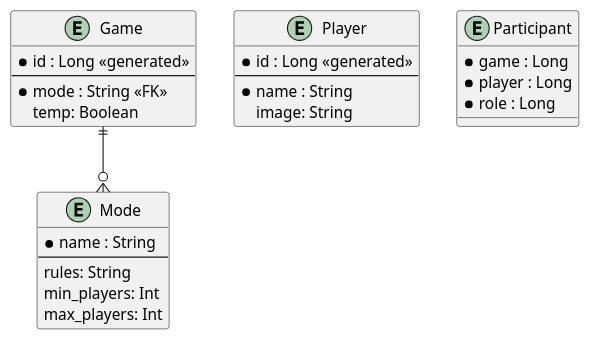
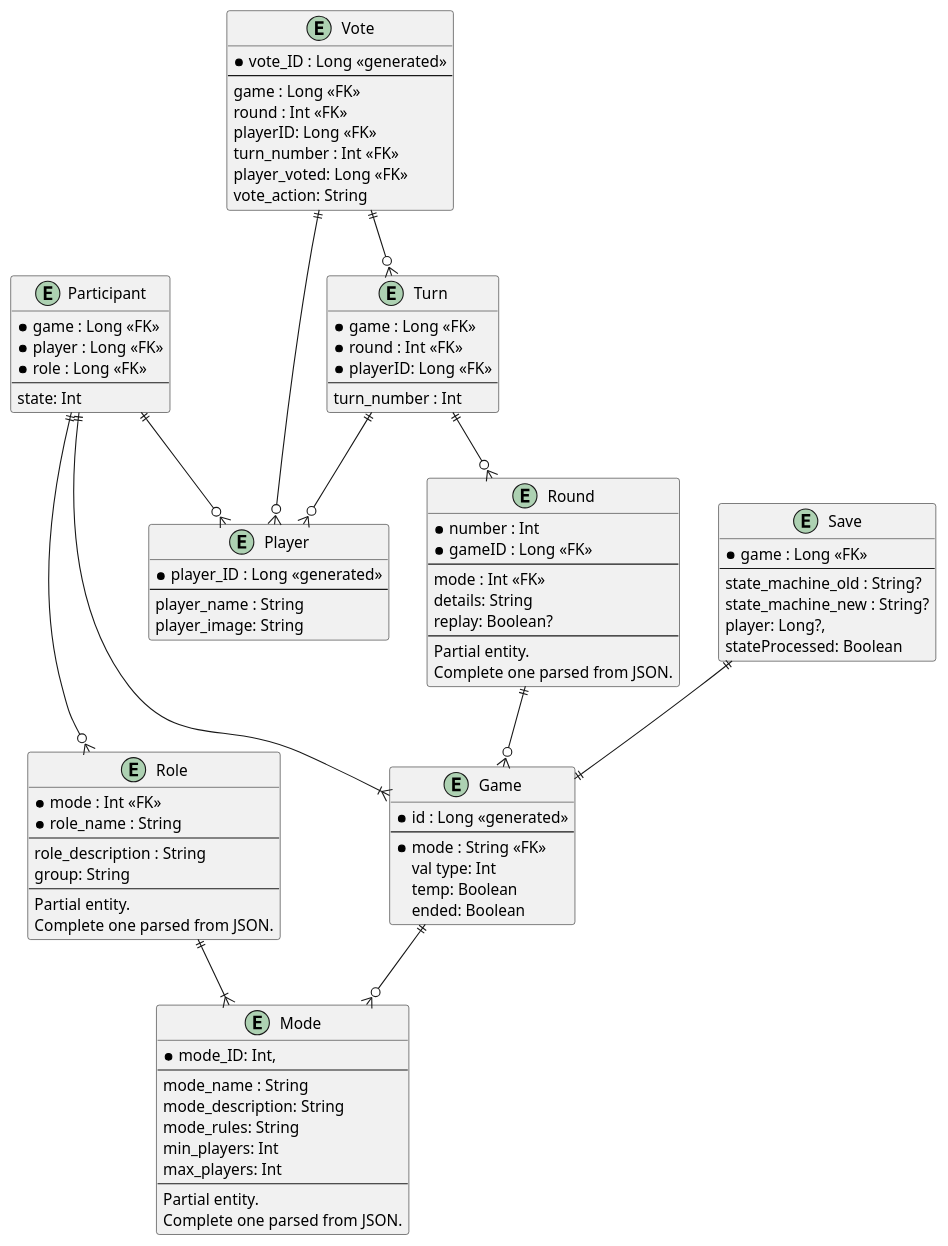
Before and after one commit to LivingWithHippos/Keter-Escape: the diagram in UML/db.puml, drawn with PlantUML. The commit also changed 1 other file, not shown here.

Commit message:
updated database diagram, added picture
plantUML

```diff
--- a/UML/db.puml
+++ b/UML/db.puml
@@ -1,32 +1,102 @@
 @startuml
 entity "Game" as gm {
   *id : Long <<generated>>
   --
   *mode : String <<FK>>
+  val type: Int
   temp: Boolean
+  ended: Boolean
 }
 
 entity "Mode" as md {
-  *name : String
+  *mode_ID: Int,
   --
-  rules: String
+  mode_name : String
+  mode_description: String
+  mode_rules: String
   min_players: Int
   max_players: Int
+  --
+  Partial entity.
+  Complete one parsed from JSON.
 }
 
 entity "Player" as pl {
-  *id : Long <<generated>>
+  *player_ID : Long <<generated>>
   --
-  *name : String
-  image: String
+  player_name : String
+  player_image: String
 }
 
 entity "Participant" as part {
-  *game : Long
-  *player : Long
-  *role : Long
+  *game : Long <<FK>>
+  *player : Long <<FK>>
+  *role : Long <<FK>>
+  --
+  state: Int
+}
+
+entity "Role" as role {
+  *mode : Int <<FK>>
+  *role_name : String
+  --
+  role_description : String
+  group: String
+  --
+  Partial entity.
+  Complete one parsed from JSON.
+}
+
+entity "Round" as round {
+  *number : Int
+  *gameID : Long <<FK>>
+  --
+  mode : Int <<FK>>
+  details: String
+  replay: Boolean?
+  --
+  Partial entity.
+  Complete one parsed from JSON.
+}
+
+entity "Save" as save {
+  *game : Long <<FK>>
+  --
+  state_machine_old : String?
+  state_machine_new : String?
+  player: Long?,
+  stateProcessed: Boolean
+}
+
+entity "Turn" as turn {
+  *game : Long <<FK>>
+  *round : Int <<FK>>
+  *playerID: Long <<FK>>
+  --
+  turn_number : Int
+}
+
+entity "Vote" as vote {
+  *vote_ID : Long <<generated>>
+  --
+  game : Long <<FK>>
+  round : Int <<FK>>
+  playerID: Long <<FK>>
+  turn_number : Int <<FK>>
+  player_voted: Long <<FK>>
+  vote_action: String
 }
 
 gm ||--o{ md
+part ||--|{ gm
+part ||--o{ pl
+part ||--o{ role
+role ||--|{ md
+round ||--o{ gm
+save ||--|| gm
+turn ||--o{ round
+turn ||--o{ pl
+vote ||--o{ turn
+vote ||--o{ pl
 
 @enduml
```
